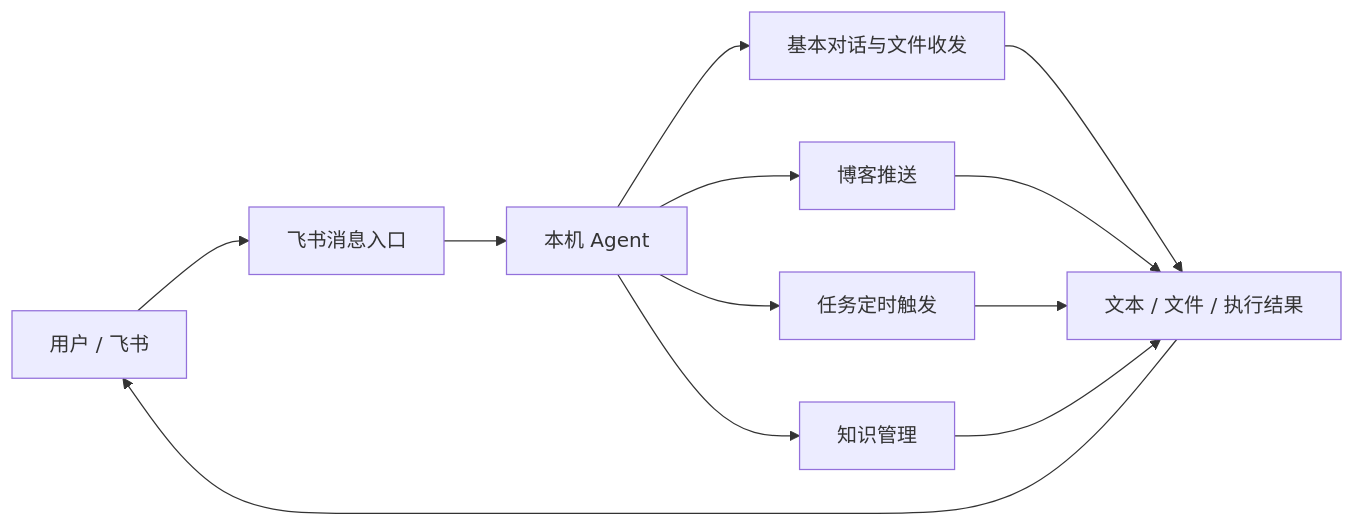
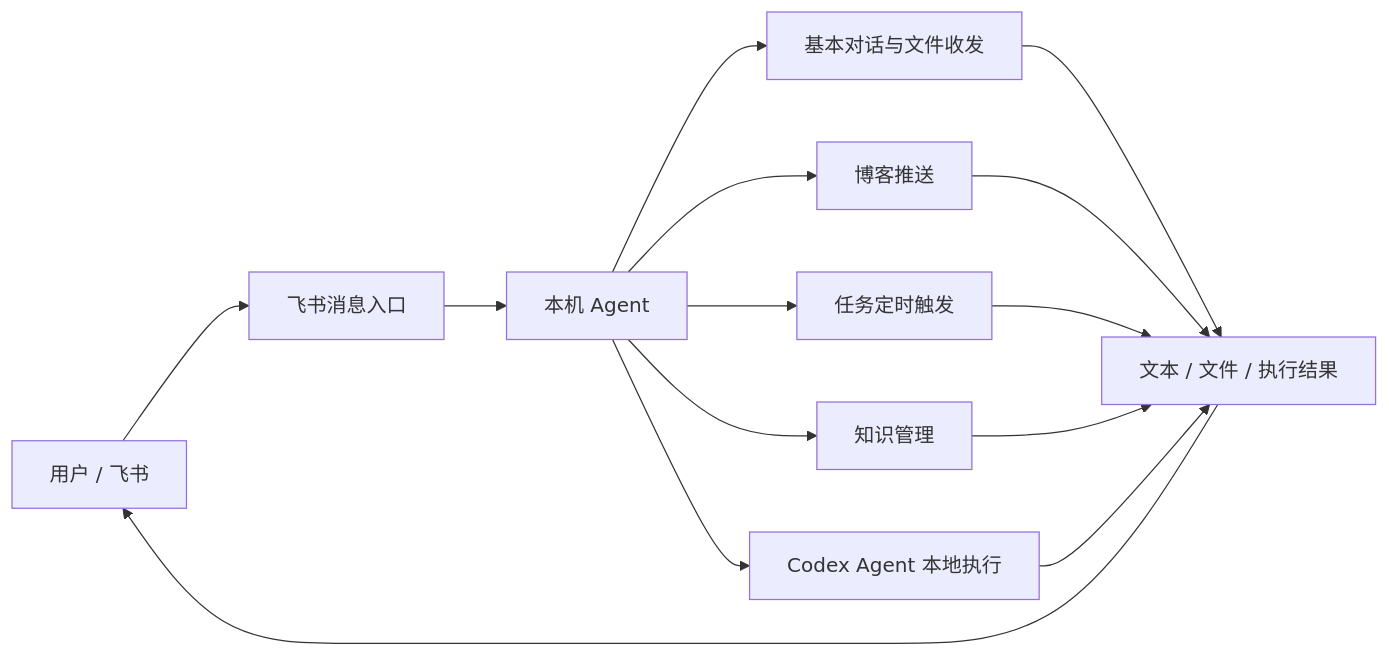
The first of 8 diagrams in src/content/projectDocuments/telebot/telebot-product-case.md (kari-leo/windborne-blog), drawn with Mermaid before and after one commit. The commit also changed other lines of this file and 2 other files, not shown here.

Commit message:
docs(telebot): 补充 Codex Agent 能力并精简产品需求文档

````diff
--- a/src/content/projectDocuments/telebot/telebot-product-case.md
+++ b/src/content/projectDocuments/telebot/telebot-product-case.md
@@ -29,15 +27,17 @@
 ```mermaid
 flowchart LR
     U[用户 / 飞书] --> F[飞书消息入口]
     F --> A[本机 Agent]
     A --> M1[基本对话与文件收发]
     A --> M2[博客推送]
     A --> M3[任务定时触发]
     A --> M4[知识管理]
+    A --> M5[Codex Agent 本地执行]
 
     M1 --> R[文本 / 文件 / 执行结果]
     M2 --> R
     M3 --> R
     M4 --> R
+    M5 --> R
     R --> U
 ```
````
